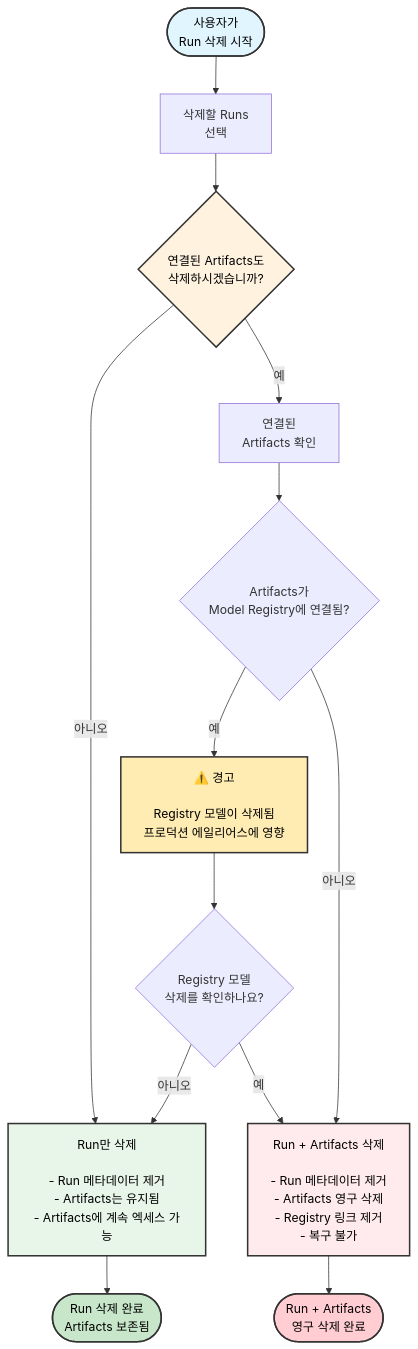
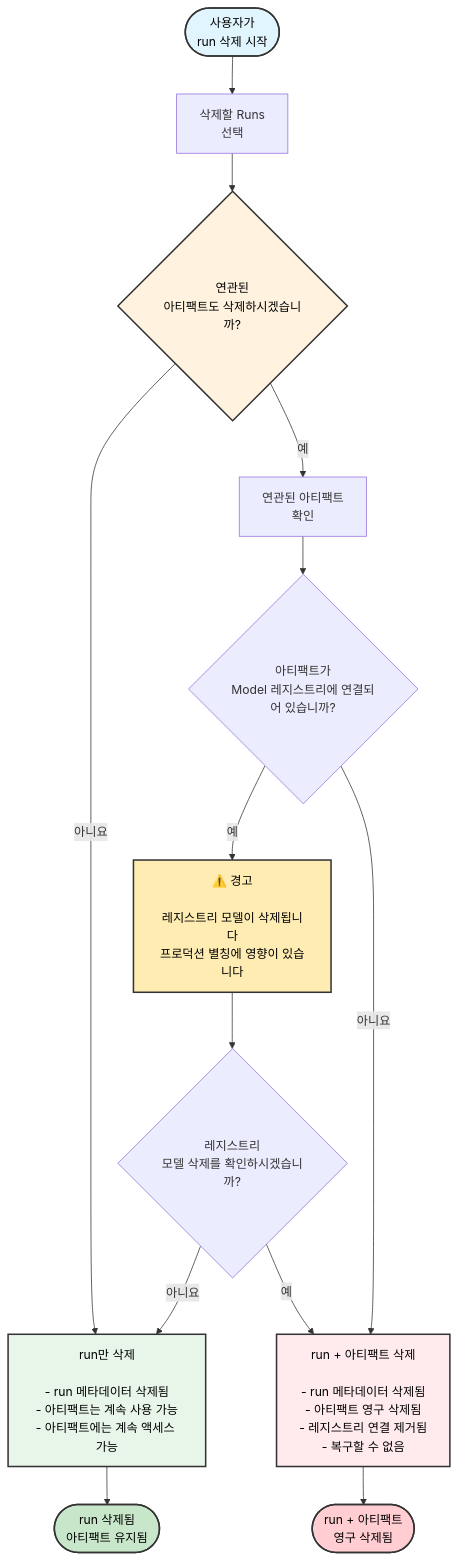
One commit to wandb/docs changed the diagram in ko/models/runs/delete-runs.mdx. Above: the diagram before and after it, drawn with Mermaid. The commit also changed other lines of this file and 4312 other files, not shown here.

````diff
--- a/ko/models/runs/delete-runs.mdx
+++ b/ko/models/runs/delete-runs.mdx
@@ -26,31 +57,22 @@
 ```mermaid
 graph TB
-    Start([사용자가<br/>Run 삭제 시작]) --> RunSelect[삭제할 Runs<br/>선택]
-    
-    RunSelect --> DeletePrompt{연결된 Artifacts도<br/>삭제하시겠습니까?}
-    
-    DeletePrompt -->|아니오| DeleteRunOnly[Run만 삭제<br/><br/>- Run 메타데이터 제거<br/>- Artifacts는 유지됨<br/>- Artifacts에 계속 엑세스 가능]
-    
-    DeletePrompt -->|예| CheckArtifacts[연결된<br/>Artifacts 확인]
-    
-    CheckArtifacts --> HasRegistry{Artifacts가<br/>Model Registry에 연결됨?}
-    
-    HasRegistry -->|예| RegistryWarning[⚠️ 경고<br/><br/>Registry 모델이 삭제됨<br/>프로덕션 에일리어스에 영향]
-    HasRegistry -->|아니오| DirectDelete
-    
-    RegistryWarning --> ConfirmRegistry{Registry 모델<br/>삭제를 확인하나요?}
-    
-    ConfirmRegistry -->|아니오| DeleteRunOnly
-    ConfirmRegistry -->|예| DirectDelete[Run + Artifacts 삭제<br/><br/>- Run 메타데이터 제거<br/>- Artifacts 영구 삭제<br/>- Registry 링크 제거<br/>- 복구 불가]
-    
-    DeleteRunOnly --> PartialEnd([Run 삭제 완료<br/>Artifacts 보존됨])
-    DirectDelete --> FullEnd([Run + Artifacts<br/>영구 삭제 완료])
-    
+    Start([사용자가<br/>run 삭제 시작]) --> RunSelect[삭제할 Runs<br/>선택]
+    RunSelect --> DeletePrompt{연관된<br/>아티팩트도 삭제하시겠습니까?}
+    DeletePrompt -->|아니요| DeleteRunOnly[run만 삭제<br/><br/>- run 메타데이터 삭제됨<br/>- 아티팩트는 계속 사용 가능<br/>- 아티팩트에는 계속 액세스 가능]
+    DeletePrompt -->|예| CheckArtifacts[연관된 아티팩트<br/>확인]
+    CheckArtifacts --> HasRegistry{아티팩트가<br/>Model 레지스트리에 연결되어 있습니까?}
+    HasRegistry -->|예| RegistryWarning[⚠️ 경고<br/><br/>레지스트리 모델이 삭제됩니다<br/>프로덕션 별칭에 영향이 있습니다]
+    HasRegistry -->|아니요| DirectDelete
+    RegistryWarning --> ConfirmRegistry{레지스트리<br/>모델 삭제를 확인하시겠습니까?}
+    ConfirmRegistry -->|아니요| DeleteRunOnly
+    ConfirmRegistry -->|예| DirectDelete[run + 아티팩트 삭제<br/><br/>- run 메타데이터 삭제됨<br/>- 아티팩트 영구 삭제됨<br/>- 레지스트리 연결 제거됨<br/>- 복구할 수 없음]
+    DeleteRunOnly --> PartialEnd([run 삭제됨<br/>아티팩트 유지됨])
+    DirectDelete --> FullEnd([run + 아티팩트<br/>영구 삭제됨])
     style Start fill:#e1f5fe,stroke:#333,stroke-width:2px,color:#000
     style DeletePrompt fill:#fff3e0,stroke:#333,stroke-width:2px,color:#000
     style RegistryWarning fill:#ffecb3,stroke:#333,stroke-width:2px,color:#000
     style DirectDelete fill:#ffebee,stroke:#333,stroke-width:2px,color:#000
     style DeleteRunOnly fill:#e8f5e9,stroke:#333,stroke-width:2px,color:#000
     style PartialEnd fill:#c8e6c9,stroke:#333,stroke-width:2px,color:#000
     style FullEnd fill:#ffcdd2,stroke:#333,stroke-width:2px,color:#000
 ```
````
